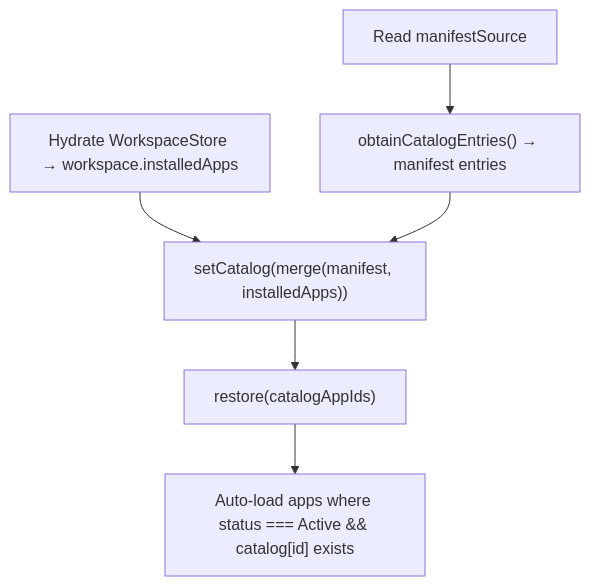
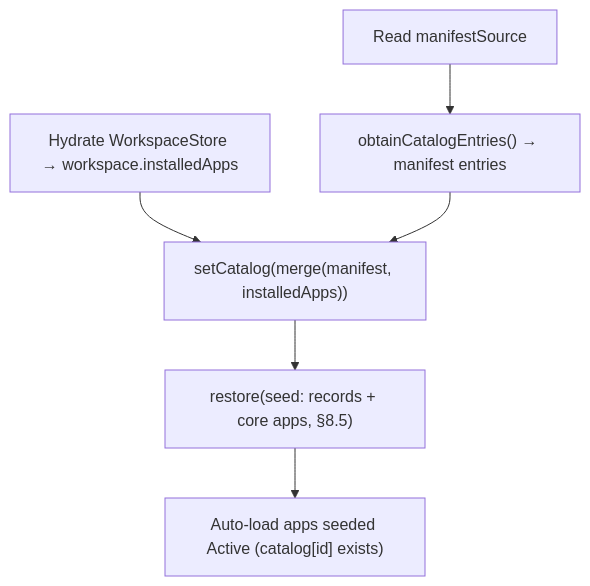
Before and after one commit to cytoscape/cytoscape-web: the second of 2 diagrams in docs/design/module-federation/specifications/workspace-app-install-design.md, drawn with Mermaid. The commit also changed other lines of this file and 16 other files, not shown here.

````diff
--- a/docs/design/module-federation/specifications/workspace-app-install-design.md
+++ b/docs/design/module-federation/specifications/workspace-app-install-design.md
@@ -426,8 +433,8 @@
 ```mermaid
 flowchart TD
     A["Read manifestSource"] --> B["obtainCatalogEntries() → manifest entries"]
     H["Hydrate WorkspaceStore → workspace.installedApps"] --> C
     B --> C["setCatalog(merge(manifest, installedApps))"]
-    C --> D["restore(catalogAppIds)"]
-    D --> E["Auto-load apps where status === Active && catalog[id] exists"]
+    C --> D["restore(seed: records + core apps, §8.5)"]
+    D --> E["Auto-load apps seeded Active (catalog[id] exists)"]
 ```
````
